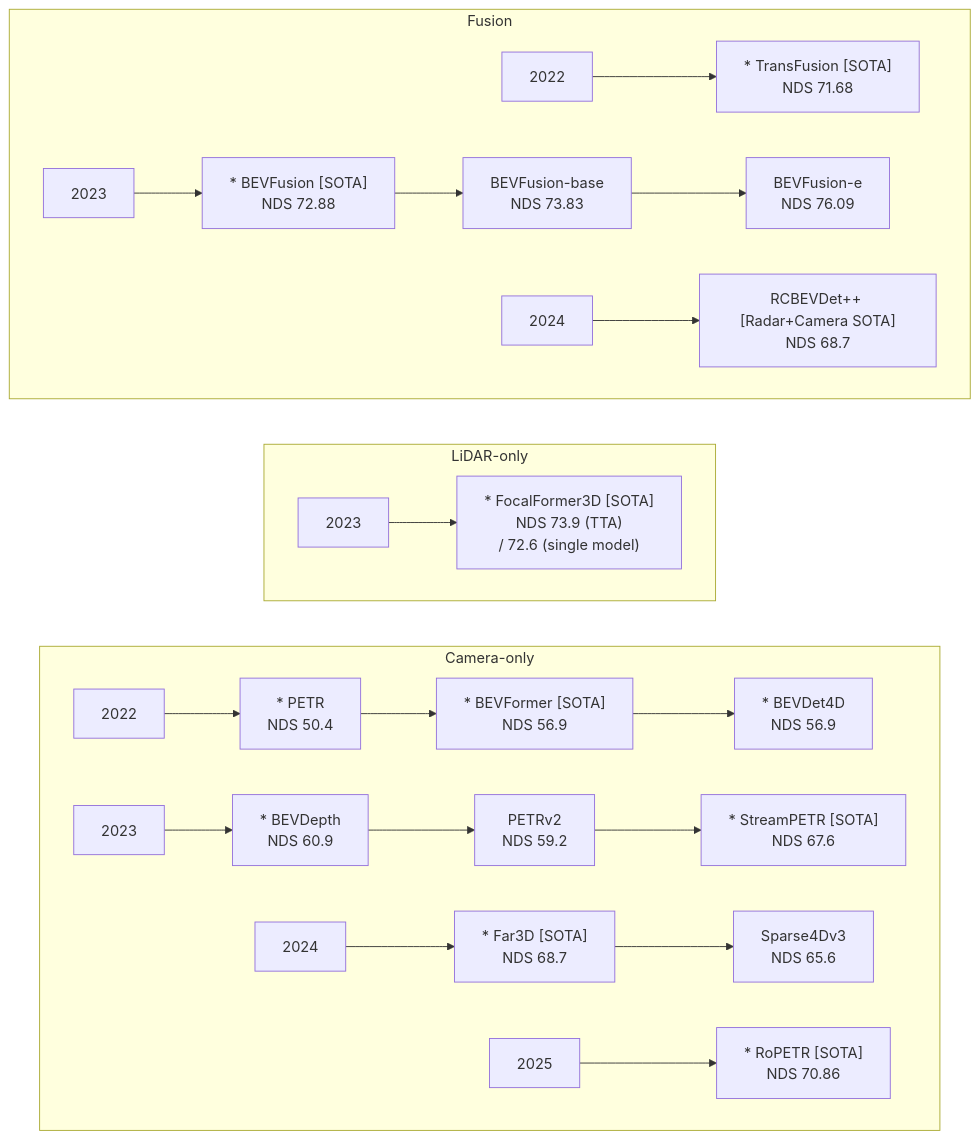
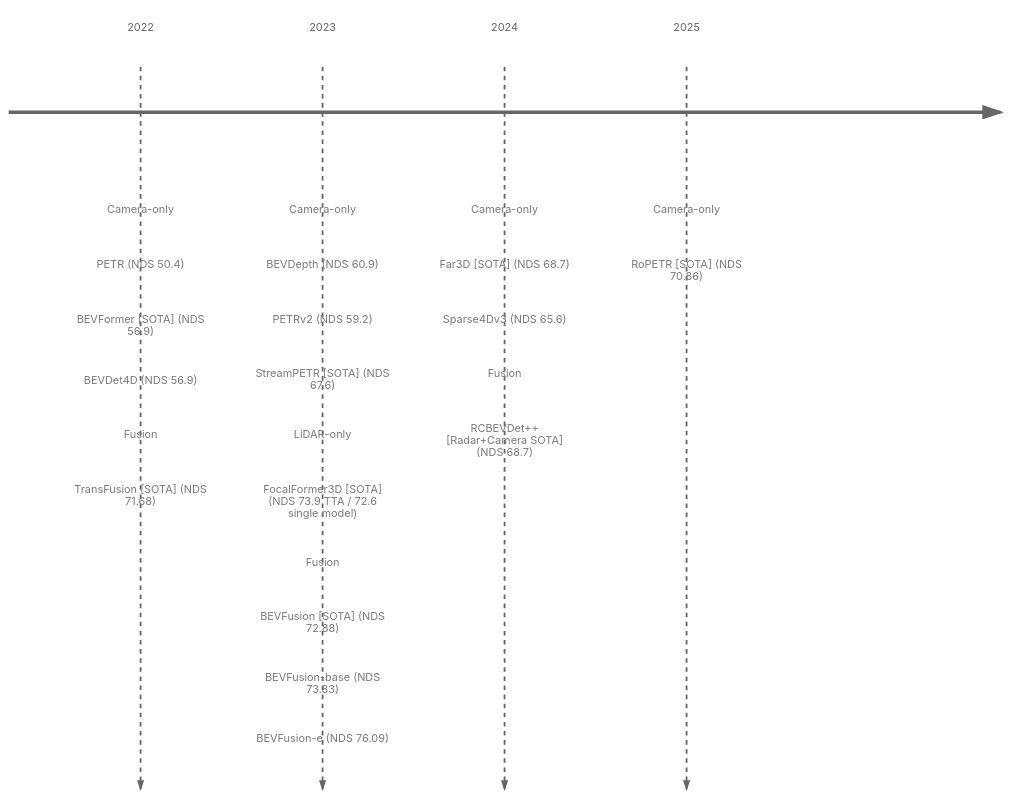
The diagram in 2026-04-02 1945 BEV 调研.md (AutoCR/kepano-obsidian), drawn with Mermaid before and after one commit. The commit also changed other lines of this file and 2 other files, not shown here.

````diff
--- a/2026-04-02 1945 BEV 调研.md
+++ b/2026-04-02 1945 BEV 调研.md
@@ -44,60 +26,45 @@
 ```mermaid
-    flowchart LR
-  %% =========================
-  %% Camera-only
-  %% =========================
-  subgraph C["Camera-only"]
-    direction LR
-    C2022["2022"]
-    C2023["2023"]
-    C2024["2024"]
-    C2025["2025"]
+%%{init: {
+  "theme": "base",
+  "themeVariables": {
+    "background": "transparent",
+    "primaryColor": "transparent",
+    "primaryBorderColor": "transparent",
+    "primaryTextColor": "#666666",
+    "secondaryColor": "transparent",
+    "secondaryBorderColor": "transparent",
+    "secondaryTextColor": "#666666",
+    "tertiaryColor": "transparent",
+    "tertiaryBorderColor": "transparent",
+    "tertiaryTextColor": "#666666",
+    "lineColor": "#999999",
+    "textColor": "#666666",
+    "fontSize": "12px"
+  },
+  "timeline": {
+    "disableMulticolor": true,
+    "padding": 4,
+    "useMaxWidth": false
+  }
+}}%%
+timeline
 
-    C1["* PETR\nNDS 50.4"]
-    C2["* BEVFormer [SOTA]\nNDS 56.9"]
-    C3["* BEVDet4D\nNDS 56.9"]
-    C4["* BEVDepth\nNDS 60.9"]
-    C5["PETRv2\nNDS 59.2"]
-    C6["* StreamPETR [SOTA]\nNDS 67.6"]
-    C7["* Far3D [SOTA]\nNDS 68.7"]
-    C8["Sparse4Dv3\nNDS 65.6"]
-    C9["* RoPETR [SOTA]\nNDS 70.86"]
+    2022 : Camera-only: PETR (NDS 50.4)
+         : BEVFormer [SOTA] (NDS 56.9)
+         : BEVDet4D (NDS 56.9)
+         : Fusion: TransFusion [SOTA] (NDS 71.68)
 
-    C2022 --> C1 --> C2 --> C3
-    C2023 --> C4 --> C5 --> C6
-    C2024 --> C7 --> C8
-    C2025 --> C9
-  end
+    2023 : Camera-only: BEVDepth (NDS 60.9)
+         : PETRv2 (NDS 59.2)
+         : StreamPETR [SOTA] (NDS 67.6)
+         : LiDAR-only: FocalFormer3D [SOTA] (NDS 73.9 TTA / 72.6 single model)
+         : Fusion: BEVFusion [SOTA] (NDS 72.88)
+         : BEVFusion-base (NDS 73.83)
+         : BEVFusion-e (NDS 76.09)
 
-  %% =========================
-  %% LiDAR-only
-  %% =========================
-  subgraph L["LiDAR-only"]
-    direction LR
-    L2023["2023"]
+    2024 : Camera-only: Far3D [SOTA] (NDS 68.7)
+         : Sparse4Dv3 (NDS 65.6)
+         : Fusion: RCBEVDet++ [Radar+Camera SOTA] (NDS 68.7)
 
-    L1["* FocalFormer3D [SOTA]\nNDS 73.9 (TTA)\n/ 72.6 (single model)"]
-
-    L2023 --> L1
-  end
-
-  %% =========================
-  %% Fusion
-  %% =========================
-  subgraph F["Fusion"]
-    direction LR
-    F2022["2022"]
-    F2023["2023"]
-    F2024["2024"]
-
-    F1["* TransFusion [SOTA]\nNDS 71.68"]
-    F2["* BEVFusion [SOTA]\nNDS 72.88"]
-    F3["BEVFusion-base\nNDS 73.83"]
-    F4["BEVFusion-e\nNDS 76.09"]
-    F5["RCBEVDet++ [Radar+Camera SOTA]\nNDS 68.7"]
-
-    F2022 --> F1
-    F2023 --> F2 --> F3 --> F4
-    F2024 --> F5
-  end
+    2025 : Camera-only: RoPETR [SOTA] (NDS 70.86)
 ```
````
